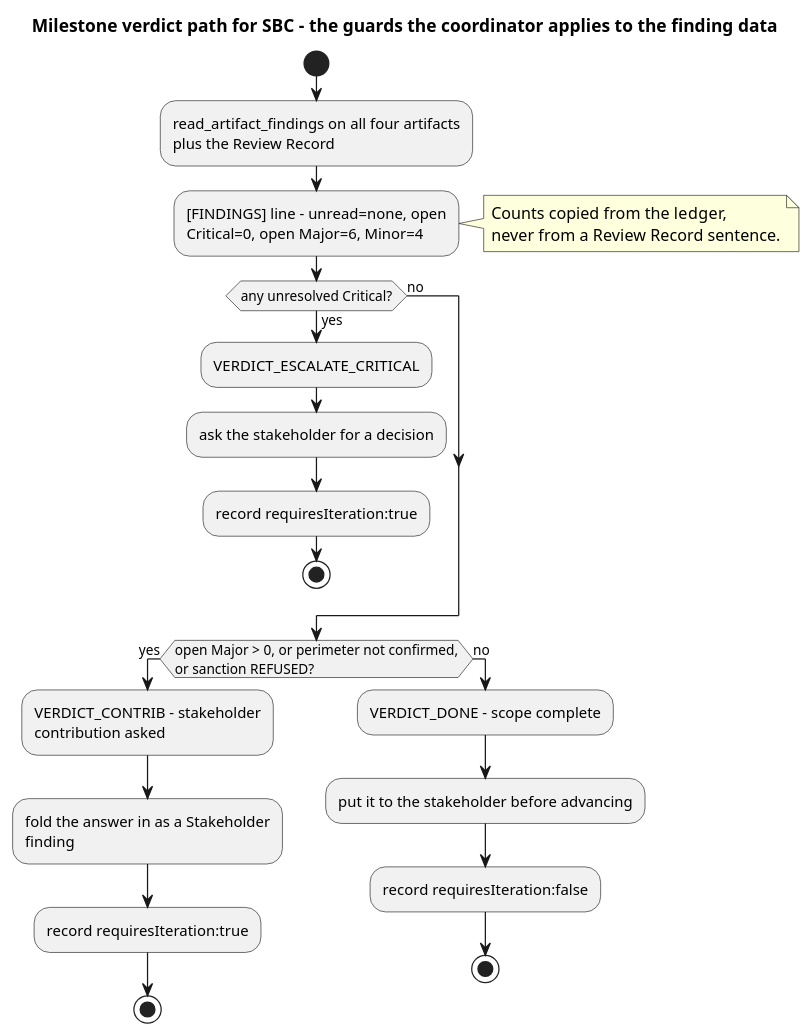
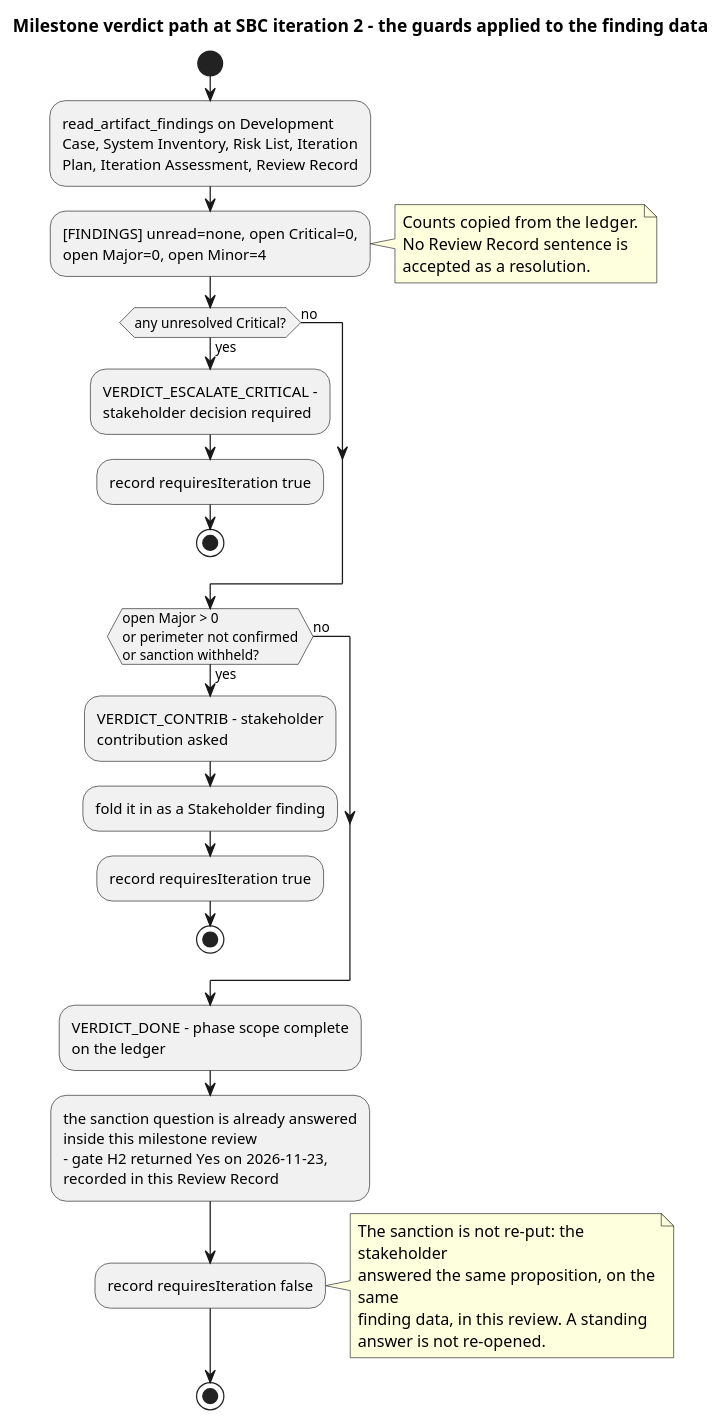
One commit to banense-test/TodoApp changed diagram 14 of 15 in docs/artifacts/project-management/review-record.md. Above: the diagram before and after it, drawn with PlantUML. The commit also changed other lines of this file, not shown here.

First line of the commit message:
Review Coordinator [Survey2]: upsert Review Record

````diff
--- a/docs/artifacts/project-management/review-record.md
+++ b/docs/artifacts/project-management/review-record.md
@@ -1069,34 +1070,39 @@
 ```plantuml
 @startuml
-title Milestone verdict path for SBC - the guards the coordinator applies to the finding data
-
+title Milestone verdict path at SBC iteration 2 - the guards applied to the finding data
 skinparam shadowing false
 skinparam wrapWidth 240
 
 start
-:read_artifact_findings on all four artifacts plus the Review Record;
-:[FINDINGS] line - unread=none, open Critical=0, open Major=6, Minor=4;
+:read_artifact_findings on Development Case, System Inventory, Risk List, Iteration Plan, Iteration Assessment, Review Record;
+:[FINDINGS] unread=none, open Critical=0, open Major=0, open Minor=4;
 note right
-  Counts copied from the ledger,
-  never from a Review Record sentence.
+  Counts copied from the ledger.
+  No Review Record sentence is
+  accepted as a resolution.
 end note
 if (any unresolved Critical?) then (yes)
-  :VERDICT_ESCALATE_CRITICAL;
-  :ask the stakeholder for a decision;
-  :record requiresIteration:true;
+  :VERDICT_ESCALATE_CRITICAL - stakeholder decision required;
+  :record requiresIteration true;
   stop
 else (no)
 endif
-if (open Major > 0, or perimeter not confirmed, or sanction REFUSED?) then (yes)
+if (open Major > 0\nor perimeter not confirmed\nor sanction withheld?) then (yes)
   :VERDICT_CONTRIB - stakeholder contribution asked;
-  :fold the answer in as a Stakeholder finding;
-  :record requiresIteration:true;
+  :fold it in as a Stakeholder finding;
+  :record requiresIteration true;
   stop
 else (no)
-  :VERDICT_DONE - scope complete;
-  :put it to the stakeholder before advancing;
-  :record requiresIteration:false;
-  stop
 endif
+:VERDICT_DONE - phase scope complete on the ledger;
+:the sanction question is already answered inside this milestone review\n- gate H2 returned Yes on 2026-11-23, recorded in this Review Record;
+:record requiresIteration false;
+note right
+  The sanction is not re-put: the stakeholder
+  answered the same proposition, on the same
+  finding data, in this review. A standing
+  answer is not re-opened.
+end note
+stop
 @enduml
 ```
````
